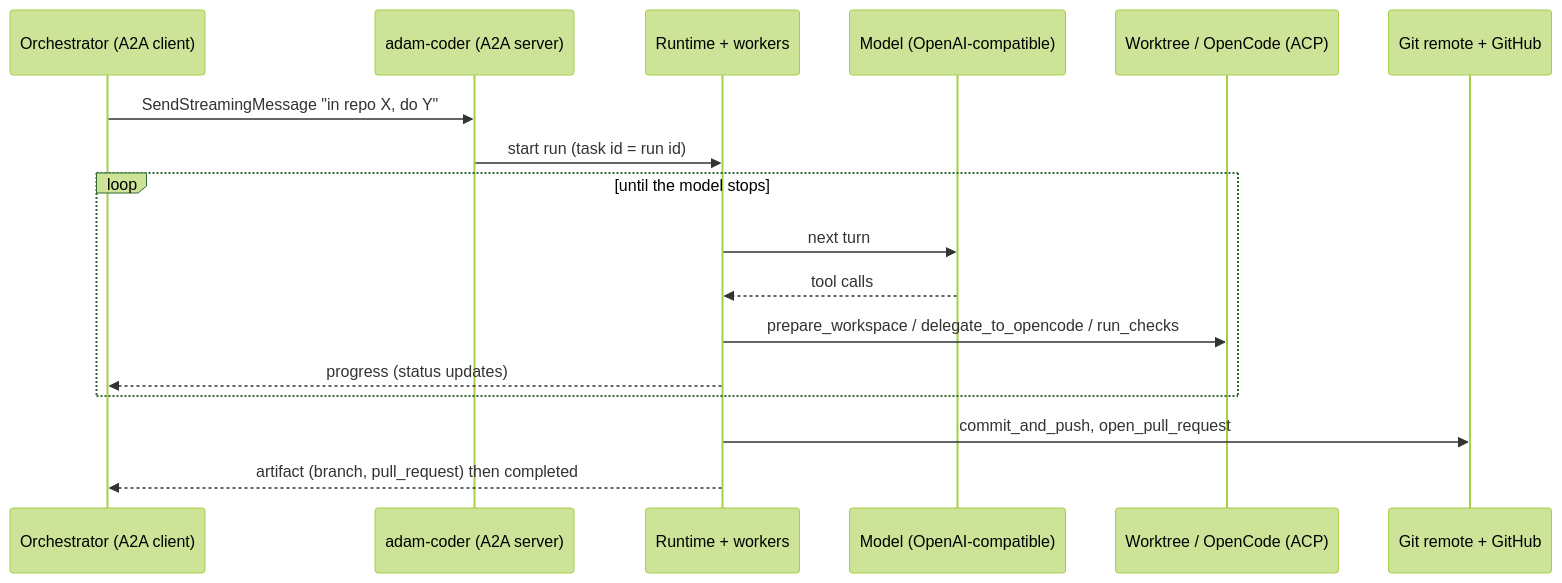
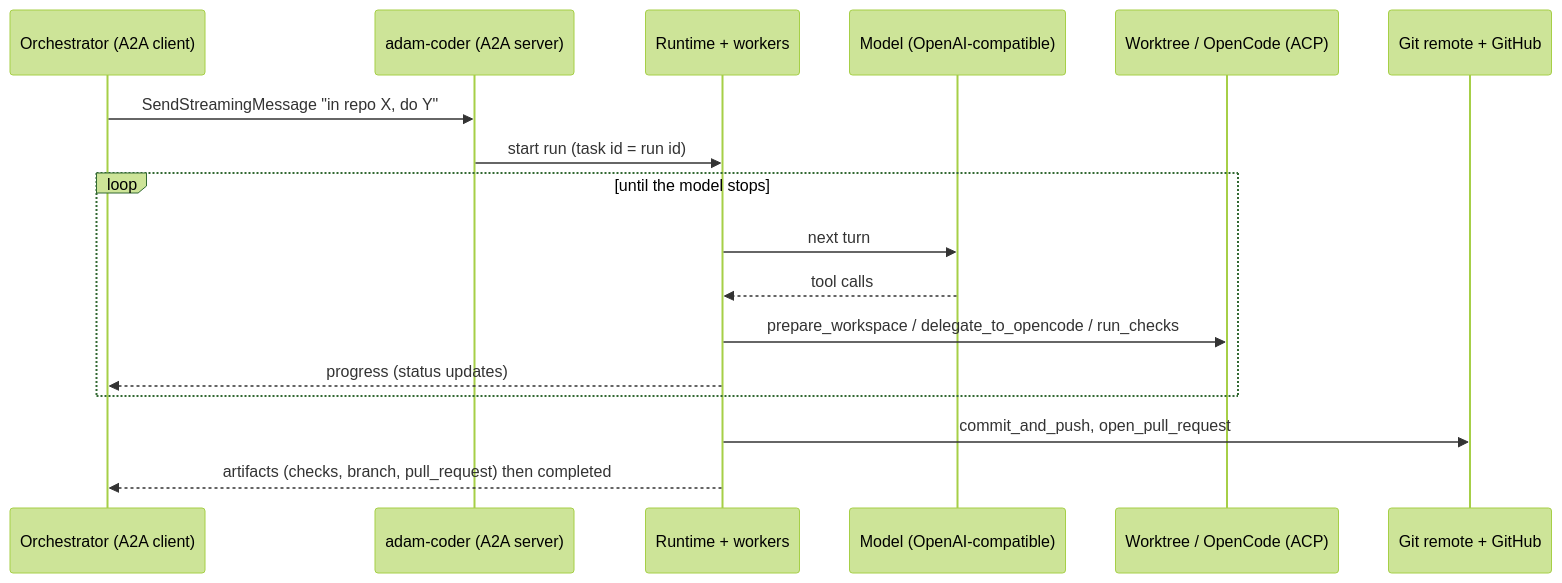
The first of 2 diagrams in crates/adam-coder/README.md (vymalo/another-adam-rs), drawn with Mermaid (forest theme) before and after one commit. The commit also changed other lines of this file and 10 other files, not shown here.

````diff
--- a/crates/adam-coder/README.md
+++ b/crates/adam-coder/README.md
@@ -20,19 +20,19 @@
 ```mermaid
 sequenceDiagram
   participant O as Orchestrator (A2A client)
   participant S as adam-coder (A2A server)
   participant R as Runtime + workers
   participant M as Model (OpenAI-compatible)
   participant W as Worktree / OpenCode (ACP)
   participant G as Git remote + GitHub
   O->>S: SendStreamingMessage "in repo X, do Y"
   S->>R: start run (task id = run id)
   loop until the model stops
     R->>M: next turn
     M-->>R: tool calls
     R->>W: prepare_workspace / delegate_to_opencode / run_checks
     R-->>O: progress (status updates)
   end
   R->>G: commit_and_push, open_pull_request
-  R-->>O: artifact (branch, pull_request) then completed
+  R-->>O: artifacts (checks, branch, pull_request) then completed
 ```
````
